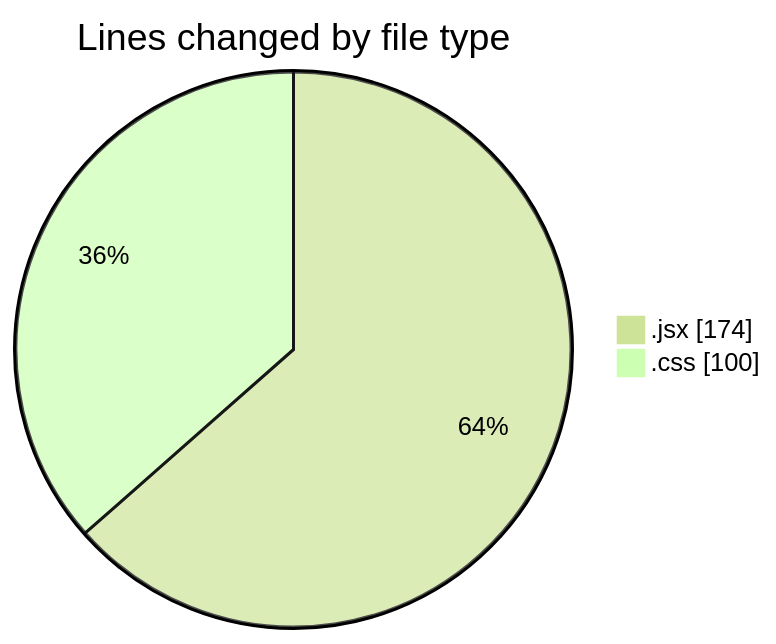
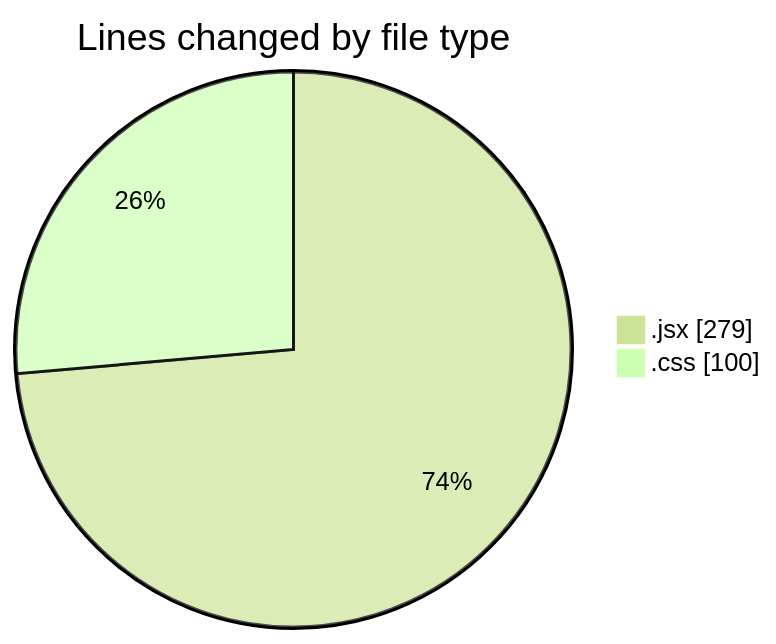
One commit to Elitesun/code-tracking changed the first of 2 diagrams in 2025-03-08/elitesgpt/README.md. Above: the diagram before and after it, drawn with Mermaid (forest theme). The commit also changed other lines of this file and 1 other file, not shown here.

````diff
--- a/2025-03-08/elitesgpt/README.md
+++ b/2025-03-08/elitesgpt/README.md
@@ -22,6 +22,6 @@
 ```mermaid
 pie showData
 title Lines changed by file type
-".jsx" : 174
+".jsx" : 279
 ".css" : 100
 ```
````
